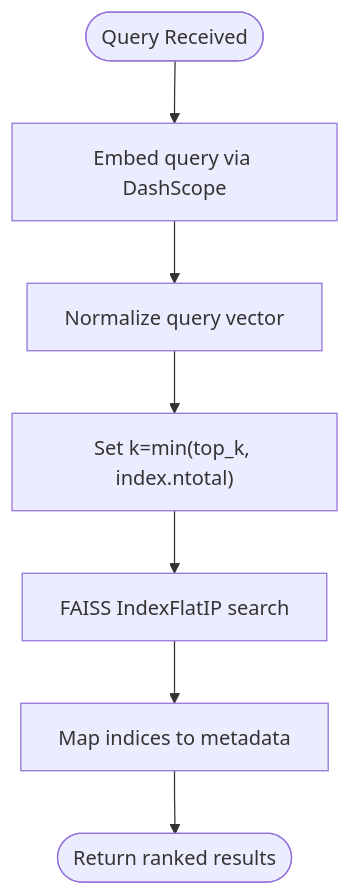
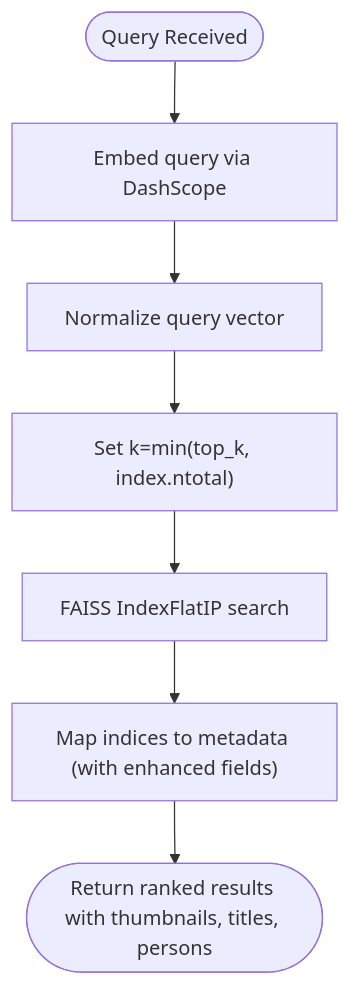
The fifth of 9 diagrams in .qoder/repowiki/en/content/Intelligent Search System.md (alexandreybasta-cyber/dubai-media-ai), drawn with Mermaid before and after one commit. The commit also changed other lines of this file and 54 other files, not shown here.

````diff
--- a/.qoder/repowiki/en/content/Intelligent Search System.md
+++ b/.qoder/repowiki/en/content/Intelligent Search System.md
@@ -199,9 +216,9 @@
 ```mermaid
 flowchart TD
 QStart(["Query Received"]) --> QEmbed["Embed query via DashScope"]
 QEmbed --> QNorm["Normalize query vector"]
 QNorm --> K["Set k=min(top_k, index.ntotal)"]
 K --> InnerProd["FAISS IndexFlatIP search"]
-InnerProd --> Map["Map indices to metadata"]
-Map --> QEnd(["Return ranked results"])
+InnerProd --> Map["Map indices to metadata (with enhanced fields)"]
+Map --> QEnd(["Return ranked results with thumbnails, titles, persons"])
 ```
````
